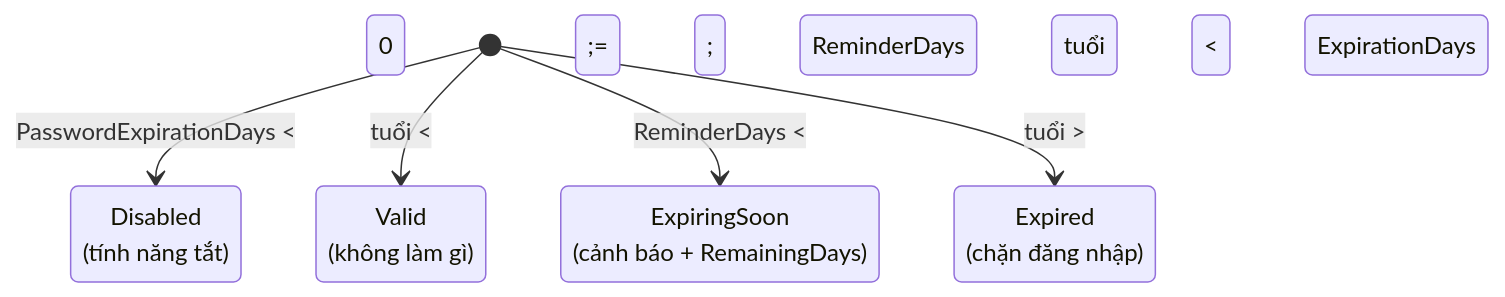
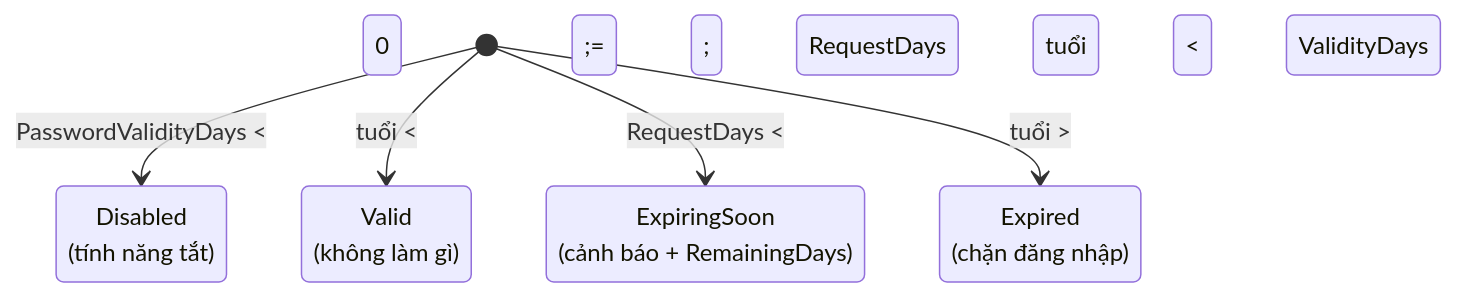
One commit to giangvanhung/mkdocs-antoanbaomat-ekmapserver changed the second of 6 diagrams in docs/password-expiration-feature.md. Above: the diagram before and after it, drawn with Mermaid. The commit also changed other lines of this file and 1 other file, not shown here.

````diff
--- a/docs/password-expiration-feature.md
+++ b/docs/password-expiration-feature.md
@@ -32,12 +32,12 @@
 ```mermaid
 stateDiagram-v2
-    [*] --> Disabled: PasswordExpirationDays &lt;= 0
-    [*] --> Valid: tuổi &lt; ReminderDays
-    [*] --> ExpiringSoon: ReminderDays &lt;= tuổi &lt; ExpirationDays
-    [*] --> Expired: tuổi &gt;= ExpirationDays
+    [*] --> Disabled: PasswordValidityDays &lt;= 0
+    [*] --> Valid: tuổi &lt; RequestDays
+    [*] --> ExpiringSoon: RequestDays &lt;= tuổi &lt; ValidityDays
+    [*] --> Expired: tuổi &gt;= ValidityDays
 
     Disabled: Disabled<br/>(tính năng tắt)
     Valid: Valid<br/>(không làm gì)
     ExpiringSoon: ExpiringSoon<br/>(cảnh báo + RemainingDays)
     Expired: Expired<br/>(chặn đăng nhập)
 ```
````
